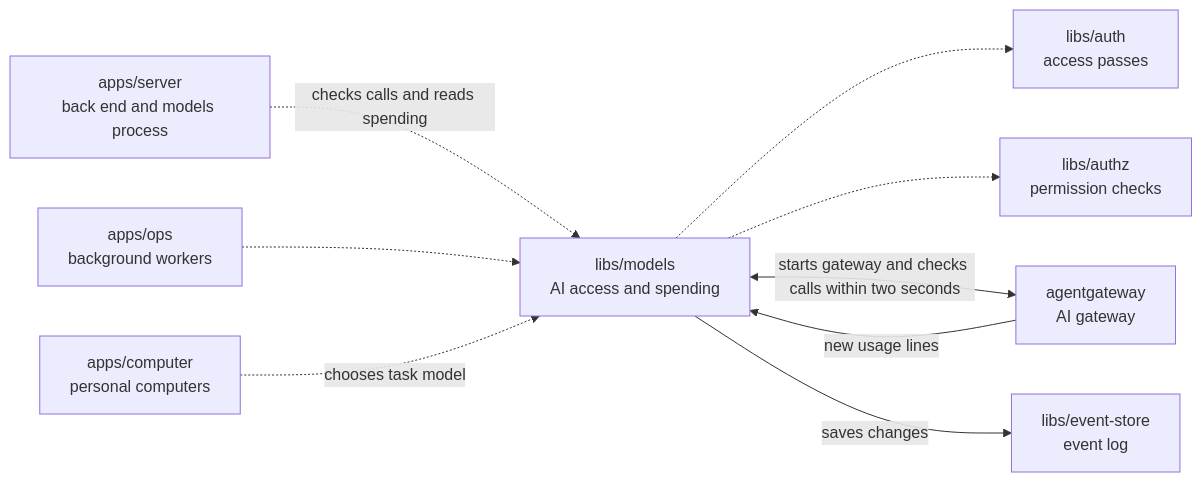
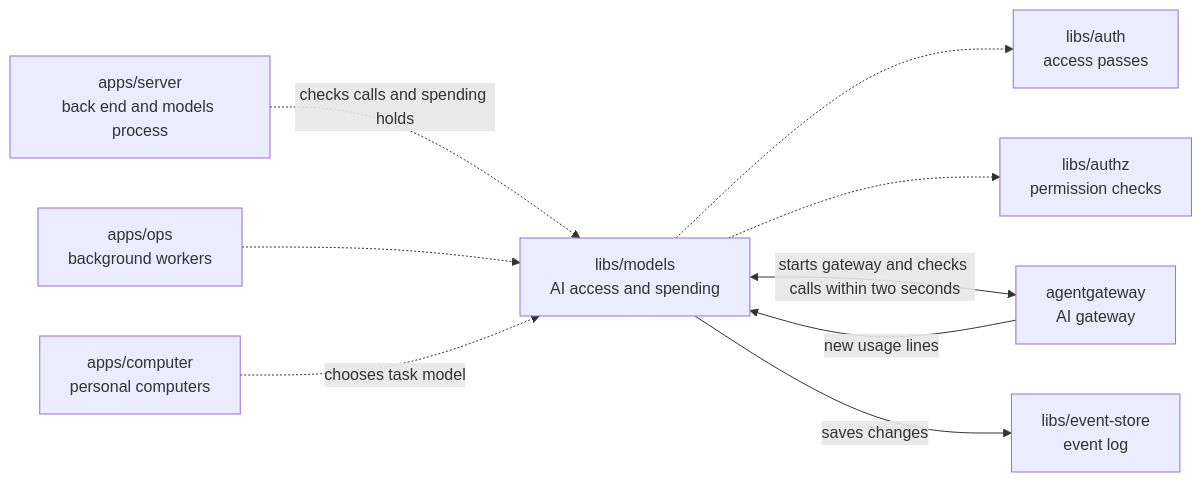
The diagram in libs/models/README.md (elewa-git/opencrane-new), drawn with Mermaid before and after one commit. The commit also changed other lines of this file and 5 other files, not shown here.

````diff
--- a/libs/models/README.md
+++ b/libs/models/README.md
@@ -11,11 +11,11 @@
 ```mermaid
 flowchart LR
-  server["apps/server<br/>back end and models process"] -.->|checks calls and reads spending| models["libs/models<br/>AI access and spending"]
+  server["apps/server<br/>back end and models process"] -.->|checks calls and spending holds| models["libs/models<br/>AI access and spending"]
   ops["apps/ops<br/>background workers"] -.-> models
   computer["apps/computer<br/>personal computers"] -.->|chooses task model| models
   models -.-> auth["libs/auth<br/>access passes"]
   models -.-> authz["libs/authz<br/>permission checks"]
   models <-->|starts gateway and checks calls within two seconds| gateway["agentgateway<br/>AI gateway"]
   gateway -->|new usage lines| models
   models -->|saves changes| store["libs/event-store<br/>event log"]
 ```
````
